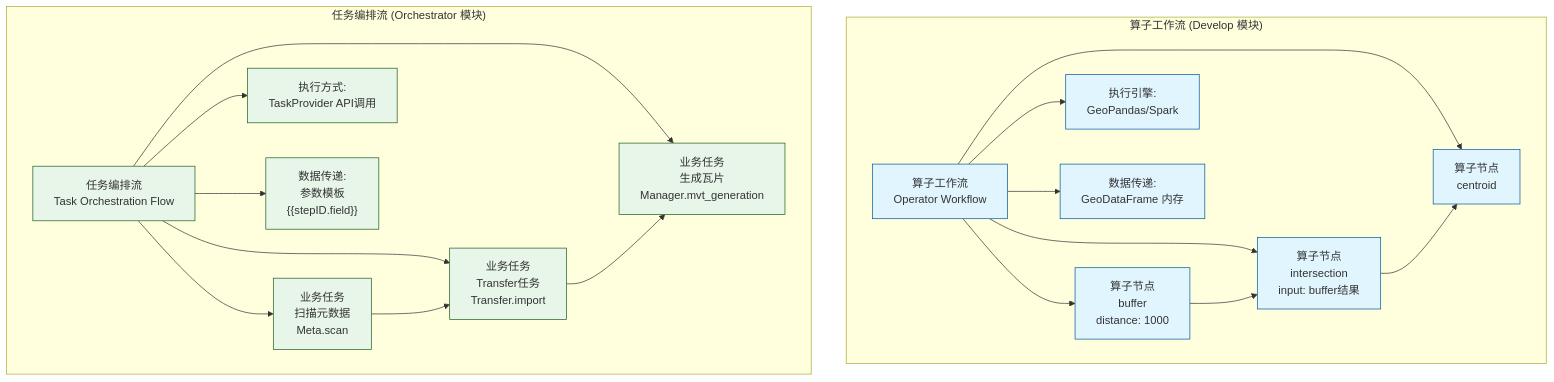
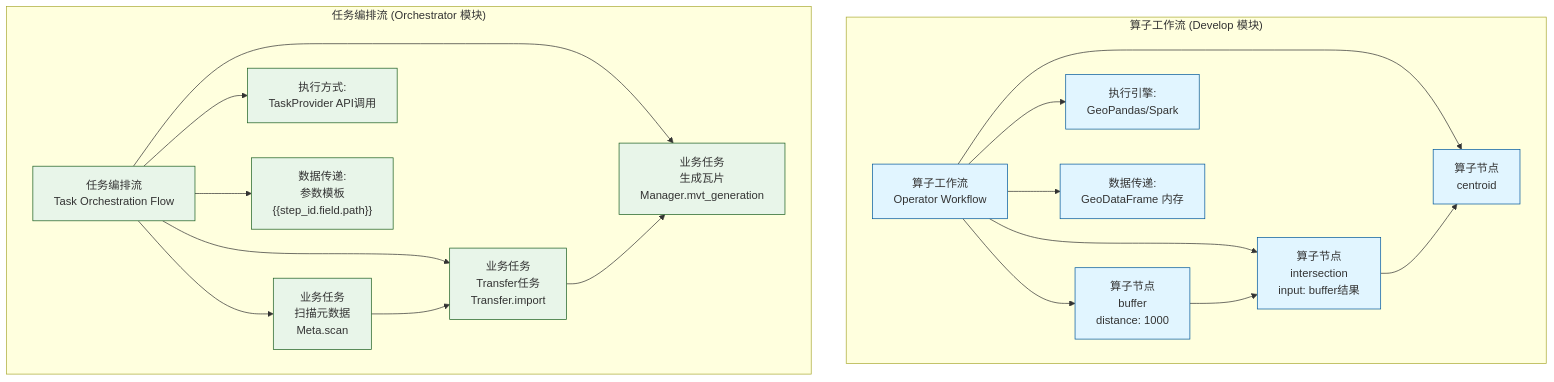
The second of 6 diagrams in docs/concepts/addp任务编排体系图.md (pampa0629/addp), drawn with Mermaid before and after one commit. The commit also changed other lines of this file and 44 other files, not shown here.

````diff
--- a/docs/concepts/addp任务编排体系图.md
+++ b/docs/concepts/addp任务编排体系图.md
@@ -133,36 +133,36 @@
 ```mermaid
 graph TB
     subgraph "算子工作流 (Develop 模块)"
         OpWF[算子工作流<br/>Operator Workflow]
 
         OpWF --> OpNode1[算子节点<br/>buffer<br/>distance: 1000]
         OpWF --> OpNode2[算子节点<br/>intersection<br/>input: buffer结果]
         OpWF --> OpNode3[算子节点<br/>centroid]
 
         OpNode1 --> OpNode2
         OpNode2 --> OpNode3
 
         OpWF --> OpEngine[执行引擎:<br/>GeoPandas/Spark]
         OpWF --> OpData[数据传递:<br/>GeoDataFrame 内存]
     end
 
     subgraph "任务编排流 (Orchestrator 模块)"
         TaskWF[任务编排流<br/>Task Orchestration Flow]
 
         TaskWF --> TaskNode1[业务任务<br/>扫描元数据<br/>Meta.scan]
         TaskWF --> TaskNode2[业务任务<br/>Transfer任务<br/>Transfer.import]
         TaskWF --> TaskNode3[业务任务<br/>生成瓦片<br/>Manager.mvt_generation]
 
         TaskNode1 --> TaskNode2
         TaskNode2 --> TaskNode3
 
         TaskWF --> TaskEngine[执行方式:<br/>TaskProvider API调用]
-        TaskWF --> TaskData["数据传递:<br/>参数模板<br/>{{stepID.field}}"]
+        TaskWF --> TaskData["数据传递:<br/>参数模板<br/>{{step_id.field.path}}"]
     end
 
     classDef operator fill:#e1f5ff,stroke:#01579b
     classDef task fill:#e8f5e9,stroke:#1b5e20
 
     class OpWF,OpNode1,OpNode2,OpNode3,OpEngine,OpData operator
     class TaskWF,TaskNode1,TaskNode2,TaskNode3,TaskEngine,TaskData task
 ```
````
